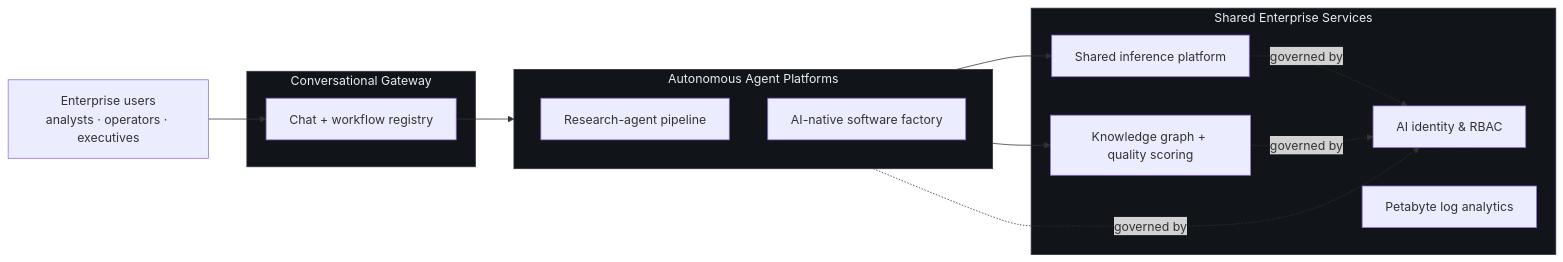
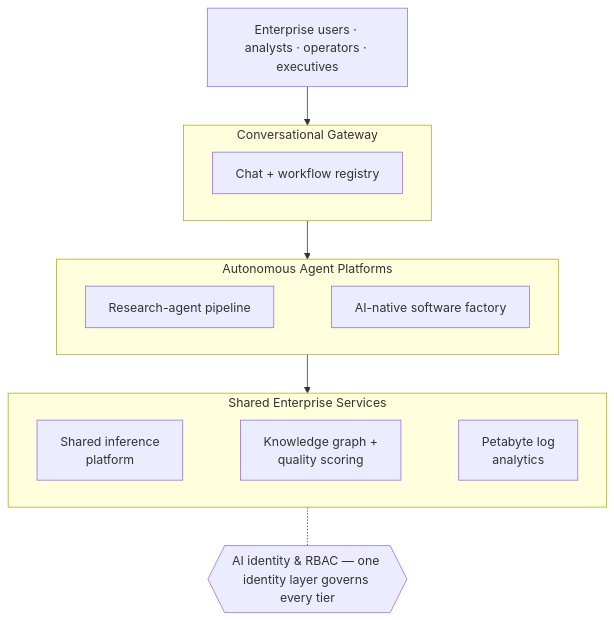
One commit to sachiachar/sachidananda-karkala changed the diagram in diagrams/overview.mmd. Above: the diagram before and after it, drawn with Mermaid. The commit also changed 28 other files, not shown here.

```diff
--- a/diagrams/overview.mmd
+++ b/diagrams/overview.mmd
@@ -1,24 +1,16 @@
-flowchart LR
-  user["Enterprise users<br/>analysts · operators · executives"]
+flowchart TB
+  user["Enterprise users · analysts · operators · executives"]
   subgraph gw["Conversational Gateway"]
     chat["Chat + workflow registry"]
   end
   subgraph agents["Autonomous Agent Platforms"]
-    ra["Research-agent pipeline"]
-    sf["AI-native software factory"]
+    direction LR
+    ra["Research-agent pipeline"] ~~~ sf["AI-native software factory"]
   end
   subgraph shared["Shared Enterprise Services"]
-    inf["Shared inference platform"]
-    kg["Knowledge graph + quality scoring"]
-    iam["AI identity & RBAC"]
-    data["Petabyte log analytics"]
+    direction LR
+    inf["Shared inference<br/>platform"] ~~~ kg["Knowledge graph +<br/>quality scoring"] ~~~ data["Petabyte log<br/>analytics"]
   end
-  user --> chat
-  chat --> agents
-  agents --> inf
-  agents --> kg
-  agents -.governed by.-> iam
-  inf -.governed by.-> iam
-  kg -.governed by.-> iam
-  classDef sub fill:#11151a,stroke:#30363d,color:#e6edf3
-  class gw,agents,shared sub
+  iam{{"AI identity & RBAC — one identity layer governs every tier"}}
+  user --> gw --> agents --> shared
+  shared -.- iam
```
